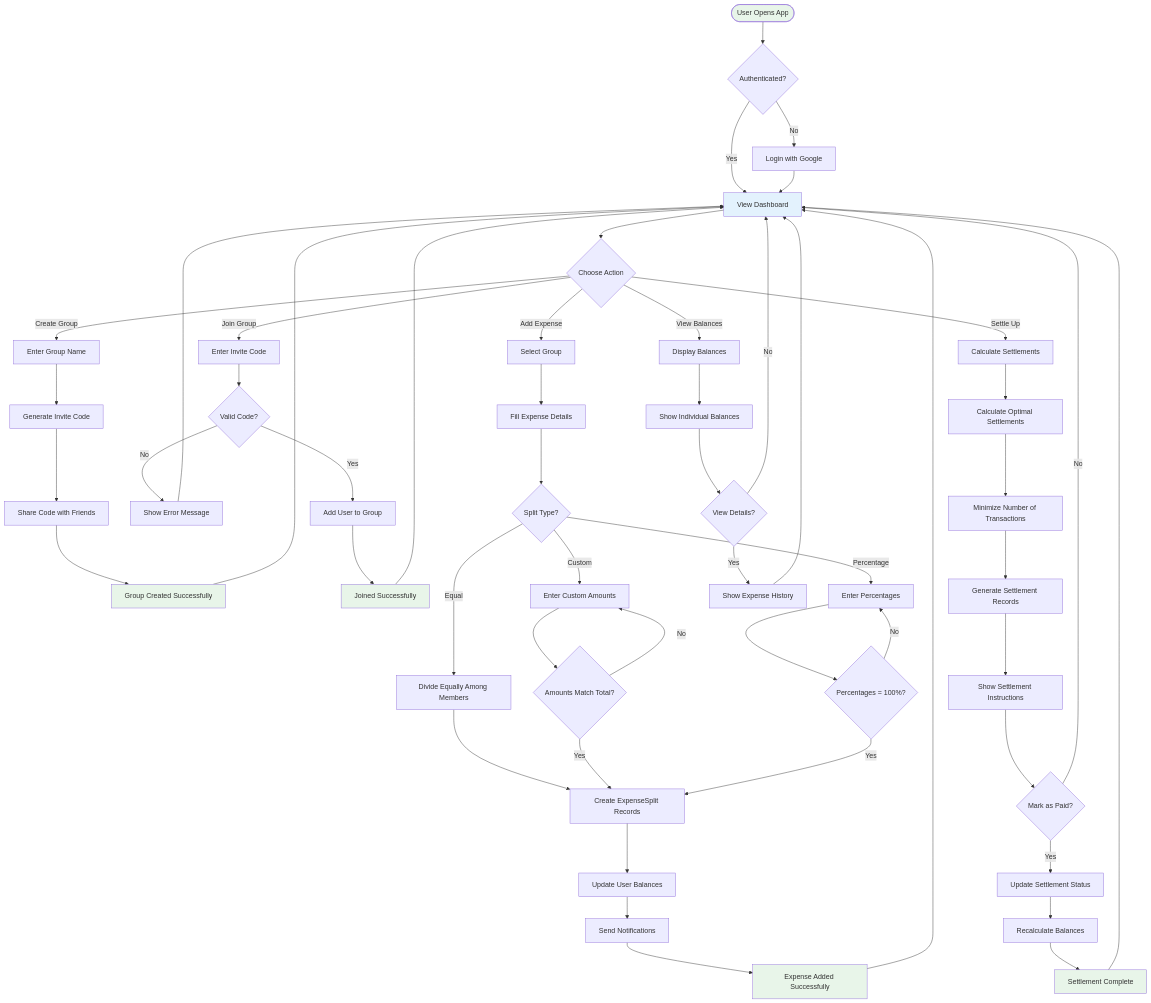
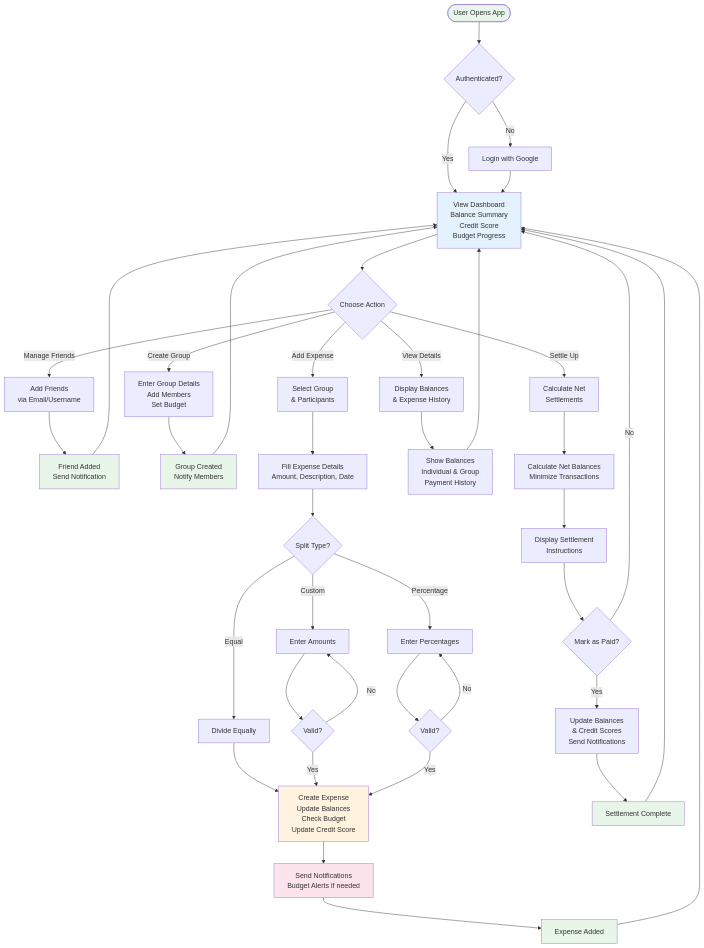
The diagram in docs/activity-diagram.md (achchala/ece452-project), drawn with Mermaid before and after one commit.

````diff
--- a/docs/activity-diagram.md
+++ b/docs/activity-diagram.md
@@ -1,73 +1,62 @@
 ```mermaid
 flowchart TD
     Start([User Opens App]) --> Auth{Authenticated?}
     
     Auth -->|No| Login[Login with Google]
-    Auth -->|Yes| Dashboard[View Dashboard]
+    Auth -->|Yes| Dashboard[View Dashboard<br/>Balance Summary<br/>Credit Score<br/>Budget Progress]
     Login --> Dashboard
     
     Dashboard --> Action{Choose Action}
     
-    Action -->|Create Group| CreateGroup[Enter Group Name]
-    Action -->|Join Group| JoinGroup[Enter Invite Code]
-    Action -->|Add Expense| SelectGroup[Select Group]
-    Action -->|View Balances| ViewBalance[Display Balances]
-    Action -->|Settle Up| Settlement[Calculate Settlements]
+    Action -->|Manage Friends| Friends[Add Friends<br/>via Email/Username]
+    Action -->|Create Group| CreateGroup[Enter Group Details<br/>Add Members<br/>Set Budget]
+    Action -->|Add Expense| SelectGroup[Select Group<br/>& Participants]
+    Action -->|View Details| ViewBalance[Display Balances<br/>& Expense History]
+    Action -->|Settle Up| Settlement[Calculate Net<br/>Settlements]
     
-    CreateGroup --> GenerateCode[Generate Invite Code]
-    GenerateCode --> ShareCode[Share Code with Friends]
-    ShareCode --> GroupCreated[Group Created Successfully]
+    Friends --> FriendAdded[Friend Added<br/>Send Notification]
     
-    JoinGroup --> ValidateCode{Valid Code?}
-    ValidateCode -->|No| ErrorJoin[Show Error Message]
-    ValidateCode -->|Yes| AddMember[Add User to Group]
-    AddMember --> GroupJoined[Joined Successfully]
-    ErrorJoin --> Dashboard
+    CreateGroup --> GroupCreated[Group Created<br/>Notify Members]
     
-    SelectGroup --> ExpenseForm[Fill Expense Details]
+    SelectGroup --> ExpenseForm[Fill Expense Details<br/>Amount, Description, Date]
     ExpenseForm --> SplitType{Split Type?}
-    SplitType -->|Equal| EqualSplit[Divide Equally Among Members]
-    SplitType -->|Custom| CustomSplit[Enter Custom Amounts]
+    SplitType -->|Equal| EqualSplit[Divide Equally]
+    SplitType -->|Custom| CustomSplit[Enter Amounts]
     SplitType -->|Percentage| PercentSplit[Enter Percentages]
     
-    EqualSplit --> CreateSplits[Create ExpenseSplit Records]
-    CustomSplit --> ValidateAmounts{Amounts Match Total?}
-    PercentSplit --> ValidatePercent{Percentages = 100%?}
+    EqualSplit --> ProcessExpense[Create Expense<br/>Update Balances<br/>Check Budget<br/>Update Credit Score]
+    CustomSplit --> ValidateAmounts{Valid?}
+    PercentSplit --> ValidatePercent{Valid?}
     
     ValidateAmounts -->|No| CustomSplit
-    ValidateAmounts -->|Yes| CreateSplits
+    ValidateAmounts -->|Yes| ProcessExpense
     ValidatePercent -->|No| PercentSplit
-    ValidatePercent -->|Yes| CreateSplits
+    ValidatePercent -->|Yes| ProcessExpense
     
-    CreateSplits --> UpdateBalances[Update User Balances]
-    UpdateBalances --> NotifyMembers[Send Notifications]
-    NotifyMembers --> ExpenseAdded[Expense Added Successfully]
+    ProcessExpense --> NotifyMembers[Send Notifications<br/>Budget Alerts if needed]
+    NotifyMembers --> ExpenseAdded[Expense Added]
     
-    ViewBalance --> DisplayBalances[Show Individual Balances]
-    DisplayBalances --> BalanceDetails{View Details?}
-    BalanceDetails -->|Yes| ExpenseHistory[Show Expense History]
-    BalanceDetails -->|No| Dashboard
+    ViewBalance --> DisplayDetails[Show Balances<br/>Individual & Group<br/>Payment History]
     
-    Settlement --> CalculateOptimal[Calculate Optimal Settlements]
-    CalculateOptimal --> MinimizeTransactions[Minimize Number of Transactions]
-    MinimizeTransactions --> GenerateSettlements[Generate Settlement Records]
-    GenerateSettlements --> DisplaySettlements[Show Settlement Instructions]
-    DisplaySettlements --> MarkPaid{Mark as Paid?}
-    MarkPaid -->|Yes| UpdateSettlement[Update Settlement Status]
+    Settlement --> CalculateNet[Calculate Net Balances<br/>Minimize Transactions]
+    CalculateNet --> ShowSettlements[Display Settlement<br/>Instructions]
+    ShowSettlements --> MarkPaid{Mark as Paid?}
+    MarkPaid -->|Yes| UpdateBalances[Update Balances<br/>& Credit Scores<br/>Send Notifications]
     MarkPaid -->|No| Dashboard
-    UpdateSettlement --> RecalculateBalances[Recalculate Balances]
-    RecalculateBalances --> SettlementComplete[Settlement Complete]
+    UpdateBalances --> SettlementComplete[Settlement Complete]
     
+    FriendAdded --> Dashboard
     GroupCreated --> Dashboard
-    GroupJoined --> Dashboard
     ExpenseAdded --> Dashboard
-    ExpenseHistory --> Dashboard
+    DisplayDetails --> Dashboard
     SettlementComplete --> Dashboard
     
     style Start fill:#e8f5e9
     style Dashboard fill:#e3f2fd
+    style ProcessExpense fill:#fff3e0
+    style NotifyMembers fill:#fce4ec
+    style FriendAdded fill:#e8f5e9
     style GroupCreated fill:#e8f5e9
-    style GroupJoined fill:#e8f5e9
     style ExpenseAdded fill:#e8f5e9
     style SettlementComplete fill:#e8f5e9
 ```
````
